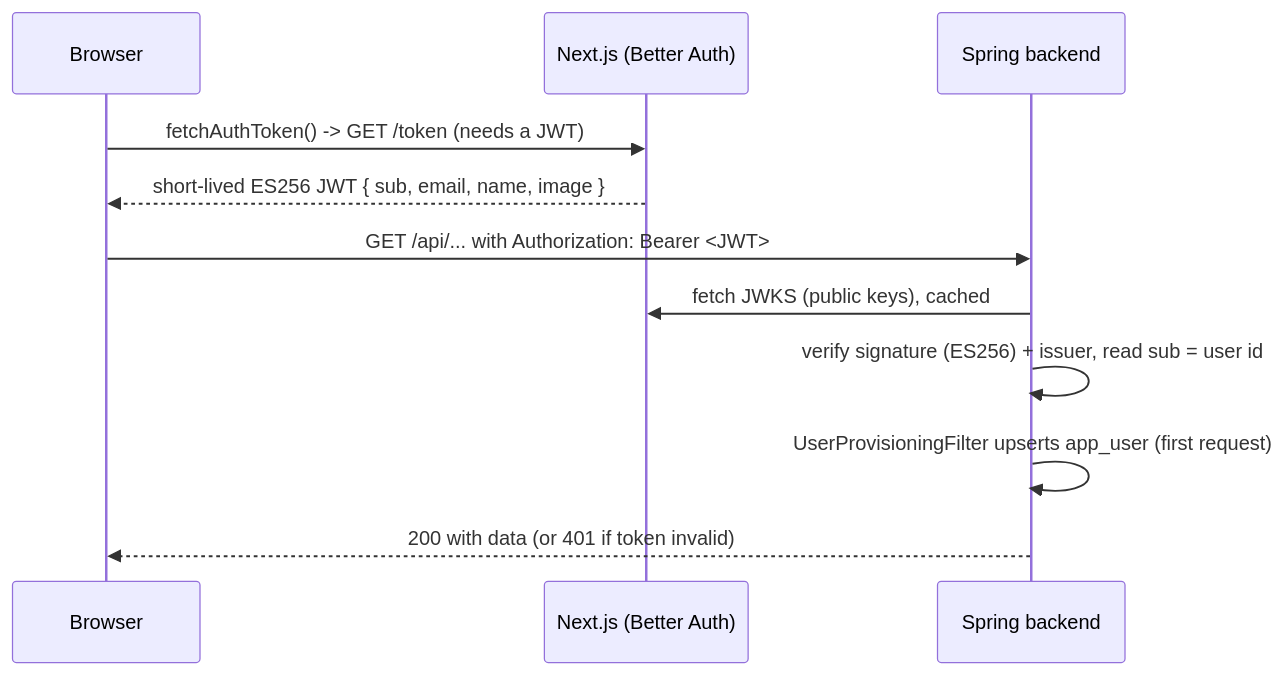
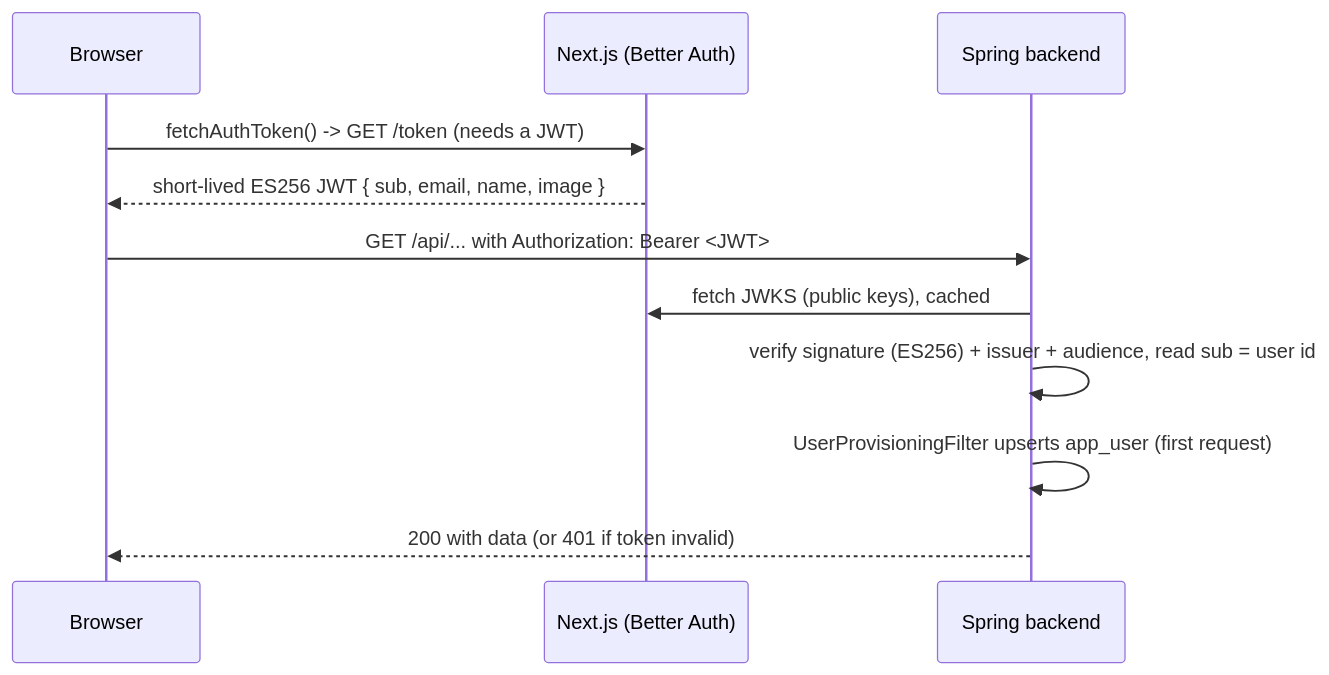
Before and after one commit to OffCrazyFreak/Disscount: the second of 4 diagrams in docs/AUTH.md, drawn with Mermaid. The commit also changed other lines of this file, not shown here.

First line of the commit message:
docs(auth): Describe the audience check, 10 minute token and no revival

````diff
--- a/docs/AUTH.md
+++ b/docs/AUTH.md
@@ -33,13 +33,13 @@
 ```mermaid
 sequenceDiagram
     participant B as Browser
     participant N as Next.js (Better Auth)
     participant S as Spring backend
     B->>N: fetchAuthToken() -> GET /token (needs a JWT)
     N-->>B: short-lived ES256 JWT { sub, email, name, image }
     B->>S: GET /api/... with Authorization: Bearer <JWT>
     S->>N: fetch JWKS (public keys), cached
-    S->>S: verify signature (ES256) + issuer, read sub = user id
+    S->>S: verify signature (ES256) + issuer + audience, read sub = user id
     S->>S: UserProvisioningFilter upserts app_user (first request)
     S-->>B: 200 with data (or 401 if token invalid)
 ```
````
